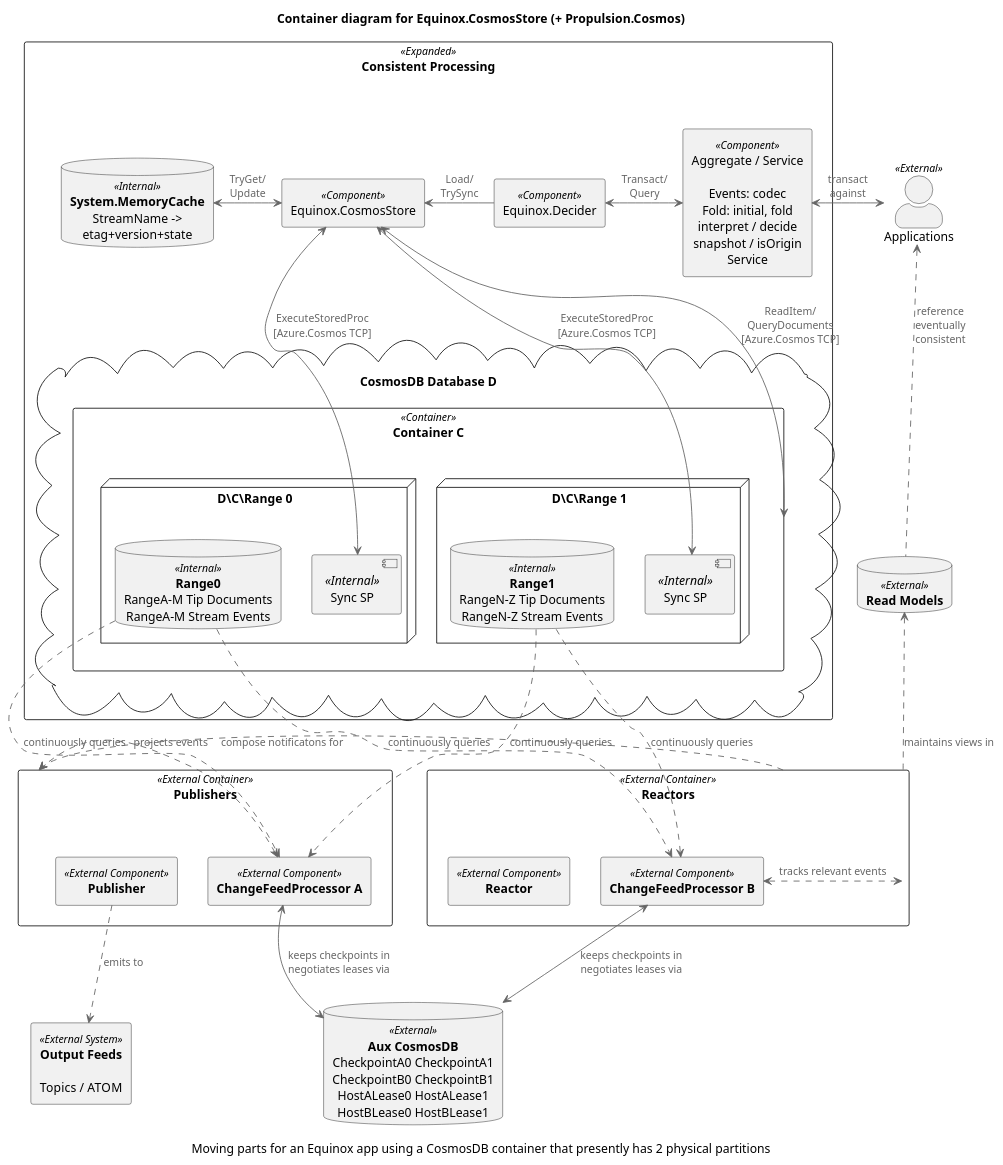
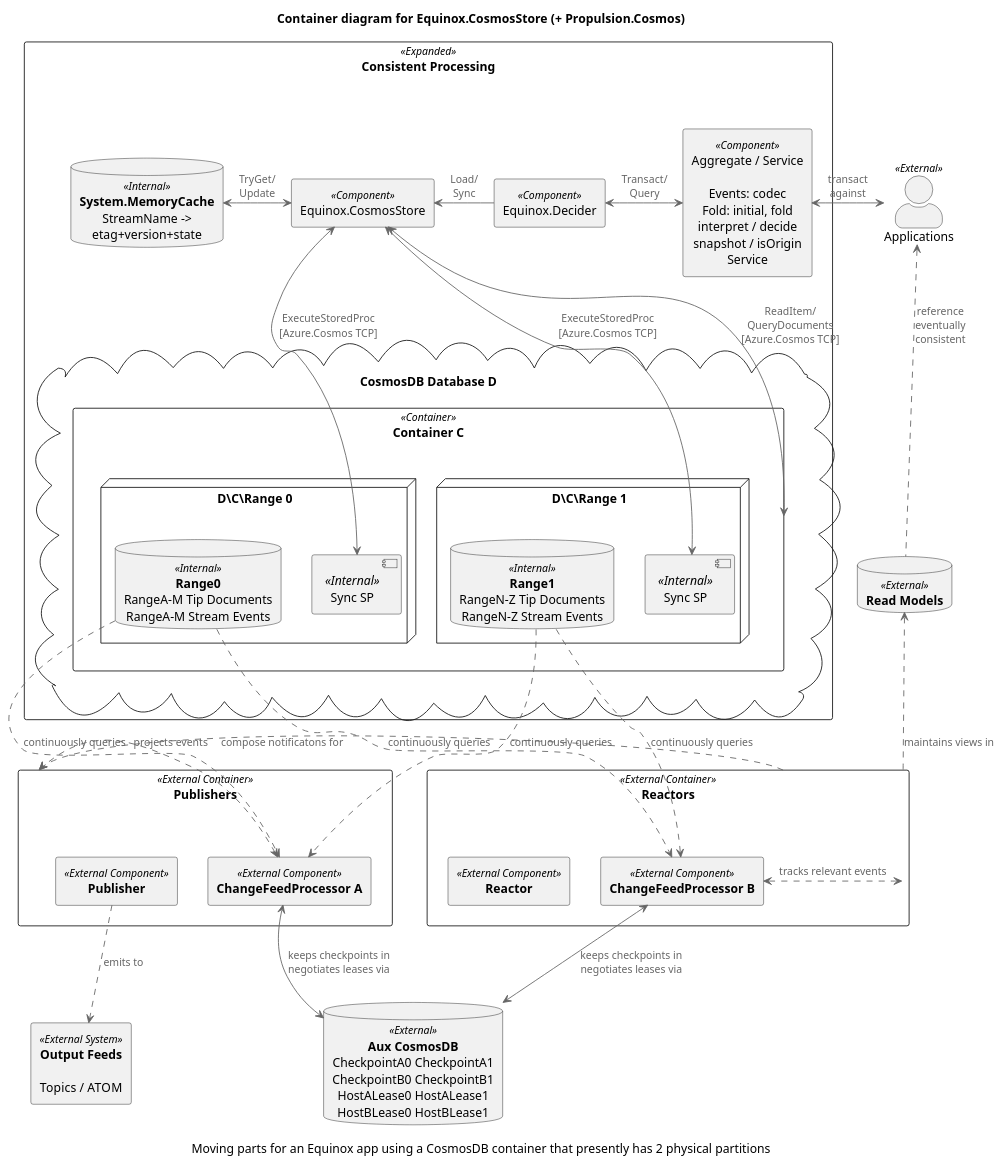
The diagram in diagrams/CosmosContainer.puml (jet/equinox), drawn with PlantUML before and after one commit. The commit also changed 33 other files, not shown here.

Commit message:
Tidy; Rename TrySync->Sync

```diff
--- a/diagrams/CosmosContainer.puml
+++ b/diagrams/CosmosContainer.puml
@@ -1,123 +1,123 @@
 @startuml
 !includeurl https://raw.githubusercontent.com/skleanthous/C4-PlantumlSkin/master/build/output/c4.puml
 
 title Container diagram for Equinox.CosmosStore (+ Propulsion.Cosmos)
 caption Moving parts for an Equinox app using a CosmosDB container that presently has 2 physical partitions
 
 actor "Applications" <<External>> as apps
 
 rectangle "Consistent Processing" <<Expanded>> {
     together {
         rectangle aggregate <<Component>> [
             Aggregate / Service
 
             Events: codec
             Fold: initial, fold
             interpret / decide
             snapshot / isOrigin
             Service
         ]
         rectangle stream <<Component>> [
             Equinox.Decider
         ]
     }
 
     database memorycache <<Internal>> [
         **System.MemoryCache**
         StreamName ->
         etag+version+state
     ]
 
     rectangle eqxcosmos <<Component>> [
         Equinox.CosmosStore
     ]
 
     cloud "CosmosDB Database D" as db {
         rectangle "Container C" as cosmos <<Container>> {
             node "D\C\Range 0" {
                 rectangle [Sync SP] as sync0 <<Internal>>
                 database range0 <<Internal>> [
                     **Range0**
                     RangeA-M Tip Documents
                     RangeA-M Stream Events
                 ]
             }
             node "D\C\Range 1" {
                 rectangle [Sync SP] as sync1 <<Internal>>
                 database range1 <<Internal>> [
                     **Range1**
                     RangeN-Z Tip Documents
                     RangeN-Z Stream Events
                 ]
             } 
         }
     }
 }
 
 rectangle "**Publishers**" as publishers <<External Container>> {
     rectangle cfp0 <<External Component>> [
         **ChangeFeedProcessor A**
     ]
     rectangle projector <<External Component>> [
         **Publisher**
     ]
 }
 
 rectangle "**Reactors**" as reactors <<External Container>> {
     rectangle cfp1 <<External Component>> [
         **ChangeFeedProcessor B**
     ]
     rectangle reactor <<External Component>> [
         **Reactor**
     ]
 }
 database caches <<External>> [
     **Read Models**
 ]
 
 rectangle outputs <<External System>> [
     **Output Feeds**
 
     Topics / ATOM
 ]
 
 database aux <<External>> [
     **Aux CosmosDB**
     CheckpointA0 CheckpointA1
     CheckpointB0 CheckpointB1
     HostALease0 HostALease1
     HostBLease0 HostBLease1
 ]
 
 apps      <->   aggregate   : transact\nagainst
 apps      <.    caches      : reference\neventually\nconsistent
 
 aggregate <-L-> stream      : Transact/\nQuery
-stream     -L-> eqxcosmos   : Load/\nTrySync
+stream     -L-> eqxcosmos   : Load/\nSync
 
 eqxcosmos <-L-> memorycache : TryGet/\nUpdate
 eqxcosmos <->   sync0       : ExecuteStoredProc\n[Azure.Cosmos TCP]
 eqxcosmos <->   cosmos      : ReadItem/\nQueryDocuments\n[Azure.Cosmos TCP]
 eqxcosmos <->   sync1       : ExecuteStoredProc\n[Azure.Cosmos TCP]
 
 range0     ..>  cfp0        : continuously queries
 range1     ..>  cfp0        : continuously queries
 
 range0     ..>  cfp1        : continuously queries
 range1     ..>  cfp1        : continuously queries
 
 cfp0      <->   aux         : keeps checkpoints in\nnegotiates leases via
 cfp1      <->   aux         : keeps checkpoints in\nnegotiates leases via
 cfp0      <.>   publishers  : projects events
 cfp1      <.>   reactors    : tracks relevant events
 reactors    .>  caches      : maintains views in
 reactors    .>  publishers  : compose notificatons for
 projector   .>  outputs     : emits to
 
 eqxcosmos -[hidden]D-> sync0
 cfp0      -[hidden]D-> aux
 publishers-[hidden]D-> outputs
 reactors  -[hidden]U-> caches
 caches    -[hidden]U-> apps
 
 @enduml
```
